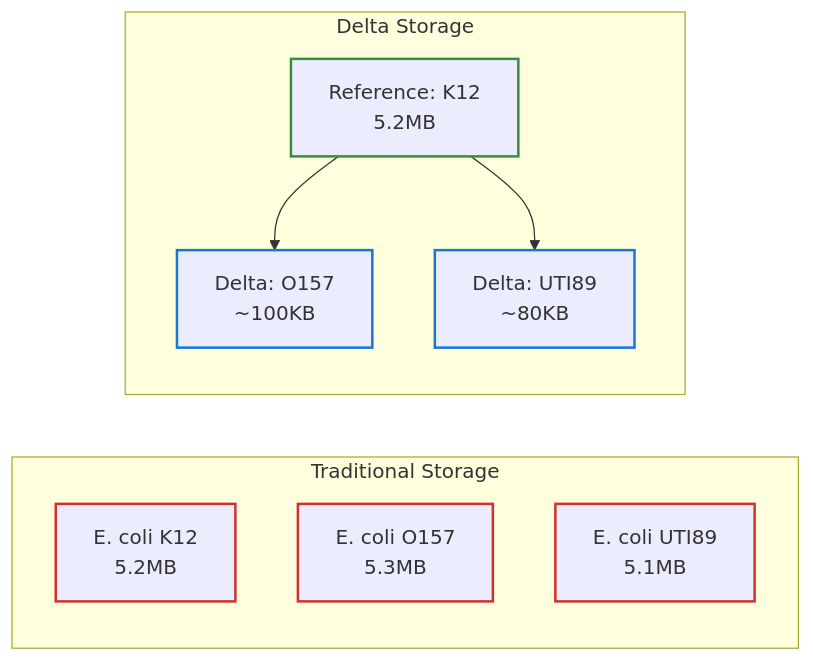
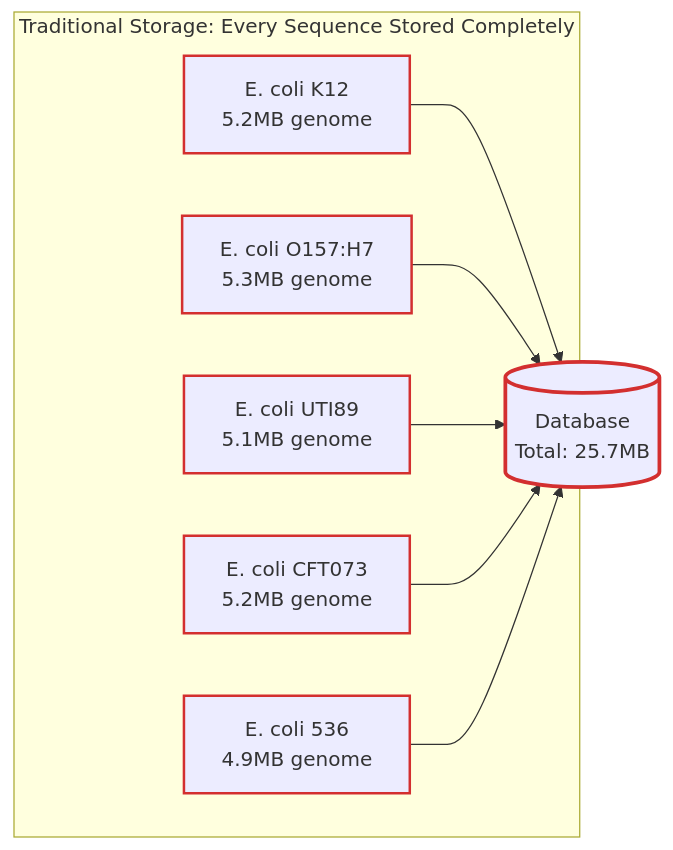
One commit to bfowle/talaria changed the fourth of 7 diagrams in docs/src/casg/overview.md. Above: the diagram before and after it, drawn with Mermaid. The commit also changed other lines of this file and 168 other files, not shown here.

````diff
--- a/docs/src/casg/overview.md
+++ b/docs/src/casg/overview.md
@@ -226,23 +305,24 @@
 ```mermaid
 graph LR
-    subgraph "Traditional Storage"
-        S1[E. coli K12<br/>5.2MB]
-        S2[E. coli O157<br/>5.3MB]
-        S3[E. coli UTI89<br/>5.1MB]
+    subgraph "Traditional Storage: Every Sequence Stored Completely"
+        S1[E. coli K12<br/>5.2MB genome]
+        S2[E. coli O157:H7<br/>5.3MB genome]
+        S3[E. coli UTI89<br/>5.1MB genome]
+        S4[E. coli CFT073<br/>5.2MB genome]
+        S5[E. coli 536<br/>4.9MB genome]
     end
 
-    subgraph "Delta Storage"
-        R[Reference: K12<br/>5.2MB]
-        D1[Delta: O157<br/>~100KB]
-        D2[Delta: UTI89<br/>~80KB]
-        R --> D1
-        R --> D2
-    end
+    DB[(Database<br/>Total: 25.7MB)]
+    S1 --> DB
+    S2 --> DB
+    S3 --> DB
+    S4 --> DB
+    S5 --> DB
 
     style S1 stroke:#d32f2f,stroke-width:2px
     style S2 stroke:#d32f2f,stroke-width:2px
     style S3 stroke:#d32f2f,stroke-width:2px
-    style R stroke:#388e3c,stroke-width:2px
-    style D1 stroke:#1976d2,stroke-width:2px
-    style D2 stroke:#1976d2,stroke-width:2px
+    style S4 stroke:#d32f2f,stroke-width:2px
+    style S5 stroke:#d32f2f,stroke-width:2px
+    style DB stroke:#d32f2f,stroke-width:3px
 ```
````
